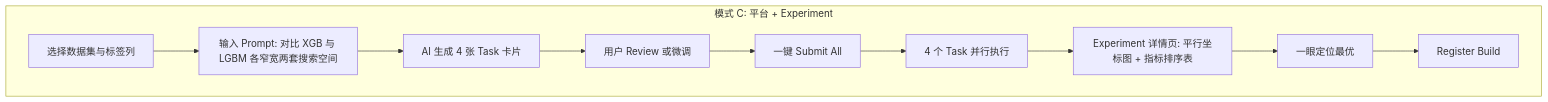
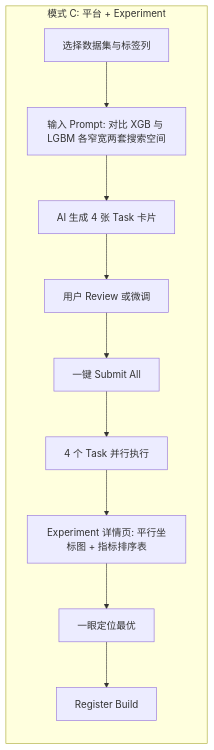
One commit to Cedric-Chan/ModelExperiment changed the eighth of 8 diagrams in docs/design/产品原型与PRD.md. Above: the diagram before and after it, drawn with Mermaid. The commit also changed other lines of this file and 92 other files, not shown here.

````diff
--- a/docs/design/产品原型与PRD.md
+++ b/docs/design/产品原型与PRD.md
@@ -300,15 +475,16 @@
 ```mermaid
-flowchart TD
+flowchart TB
     subgraph modeC [模式 C: 平台 + Experiment]
+        direction TB
         C1["选择数据集与标签列"]
         C2["输入 Prompt: 对比 XGB 与 LGBM 各窄宽两套搜索空间"]
         C3["AI 生成 4 张 Task 卡片"]
         C4["用户 Review 或微调"]
         C5["一键 Submit All"]
         C6["4 个 Task 并行执行"]
         C7["Experiment 详情页: 平行坐标图 + 指标排序表"]
         C8["一眼定位最优"]
         C9["Register Build"]
         C1 --> C2 --> C3 --> C4 --> C5 --> C6 --> C7 --> C8 --> C9
     end
 ```
````
